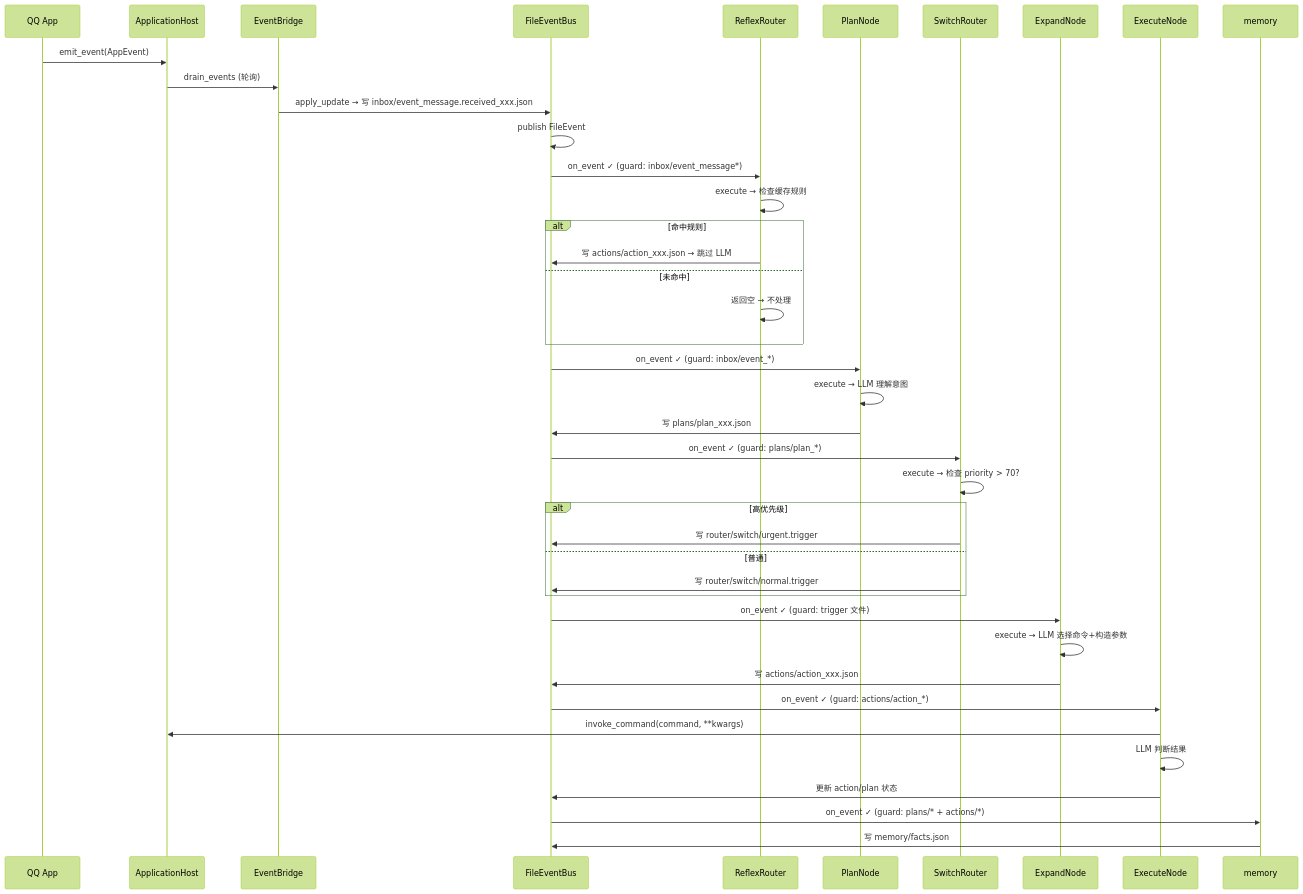
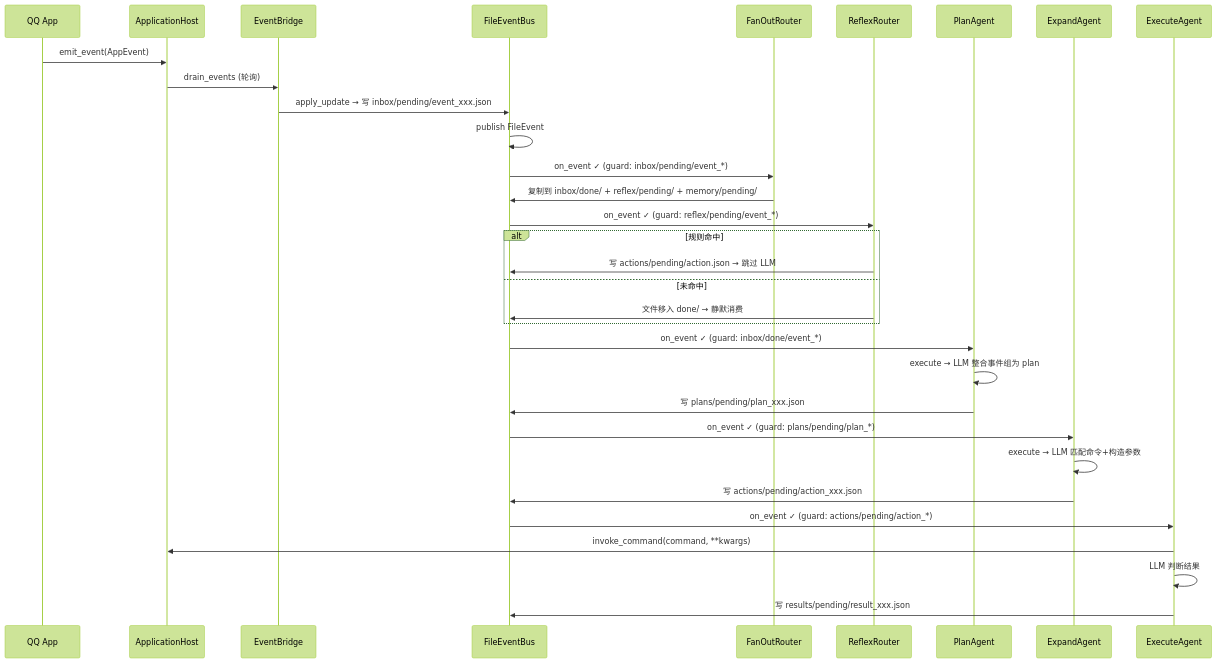
The third of 3 diagrams in appendix/kernel-runtime-flow.md (JuFireX/AuroraBot-docs), drawn with Mermaid (forest theme) before and after one commit. The commit also changed other lines of this file and 2 other files, not shown here.

````diff
--- a/appendix/kernel-runtime-flow.md
+++ b/appendix/kernel-runtime-flow.md
@@ -93,49 +83,40 @@
 ```mermaid
 sequenceDiagram
     participant QQ as QQ App
     participant host as ApplicationHost
     participant bridge as EventBridge
     participant bus as FileEventBus
+    participant fanout as FanOutRouter
     participant reflex as ReflexRouter
-    participant plan as PlanNode
-    participant sw as SwitchRouter
-    participant expand as ExpandNode
-    participant exec as ExecuteNode
+    participant plan as PlanAgent
+    participant expand as ExpandAgent
+    participant exec as ExecuteAgent
 
     QQ->>host: emit_event(AppEvent)
     host->>bridge: drain_events (轮询)
-    bridge->>bus: apply_update → 写 inbox/event_message.received_xxx.json
+    bridge->>bus: apply_update → 写 inbox/pending/event_xxx.json
     bus->>bus: publish FileEvent
 
-    bus->>reflex: on_event ✓ (guard: inbox/event_message*)
-    reflex->>reflex: execute → 检查缓存规则
-    alt 命中规则
-        reflex->>bus: 写 actions/action_xxx.json → 跳过 LLM
+    bus->>fanout: on_event ✓ (guard: inbox/pending/event_*)
+    fanout->>bus: 复制到 inbox/done/ + reflex/pending/ + memory/pending/
+
+    bus->>reflex: on_event ✓ (guard: reflex/pending/event_*)
+    alt 规则命中
+        reflex->>bus: 写 actions/pending/action.json → 跳过 LLM
     else 未命中
-        reflex->>reflex: 返回空 → 不处理
+        reflex->>bus: 文件移入 done/ → 静默消费
     end
 
-    bus->>plan: on_event ✓ (guard: inbox/event_*)
-    plan->>plan: execute → LLM 理解意图
-    plan->>bus: 写 plans/plan_xxx.json
+    bus->>plan: on_event ✓ (guard: inbox/done/event_*)
+    plan->>plan: execute → LLM 整合事件组为 plan
+    plan->>bus: 写 plans/pending/plan_xxx.json
 
-    bus->>sw: on_event ✓ (guard: plans/plan_*)
-    sw->>sw: execute → 检查 priority > 70?
-    alt 高优先级
-        sw->>bus: 写 router/switch/urgent.trigger
-    else 普通
-        sw->>bus: 写 router/switch/normal.trigger
-    end
+    bus->>expand: on_event ✓ (guard: plans/pending/plan_*)
+    expand->>expand: execute → LLM 匹配命令+构造参数
+    expand->>bus: 写 actions/pending/action_xxx.json
 
-    bus->>expand: on_event ✓ (guard: trigger 文件)
-    expand->>expand: execute → LLM 选择命令+构造参数
-    expand->>bus: 写 actions/action_xxx.json
-
-    bus->>exec: on_event ✓ (guard: actions/action_*)
+    bus->>exec: on_event ✓ (guard: actions/pending/action_*)
     exec->>host: invoke_command(command, **kwargs)
     exec->>exec: LLM 判断结果
-    exec->>bus: 更新 action/plan 状态
-
-    bus->>memory: on_event ✓ (guard: plans/* + actions/*)
-    memory->>bus: 写 memory/facts.json
+    exec->>bus: 写 results/pending/result_xxx.json
 ```
````
